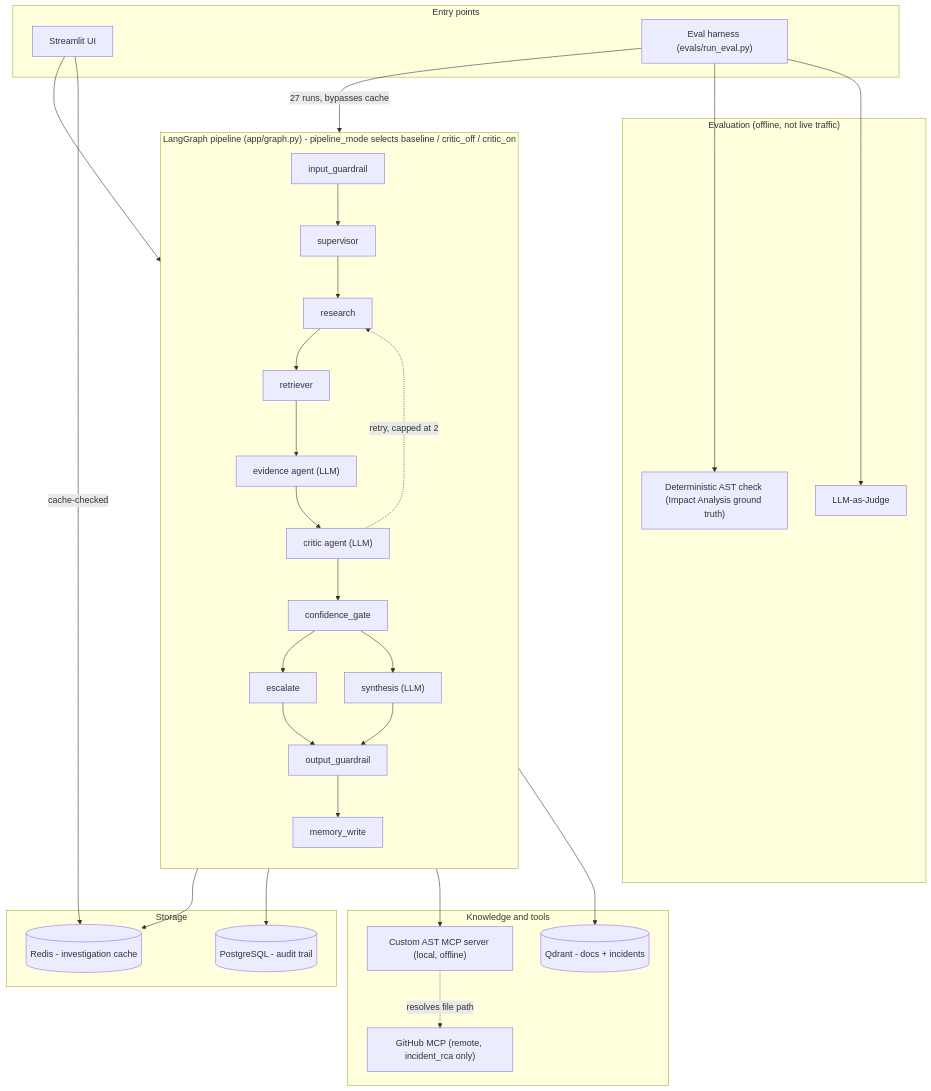
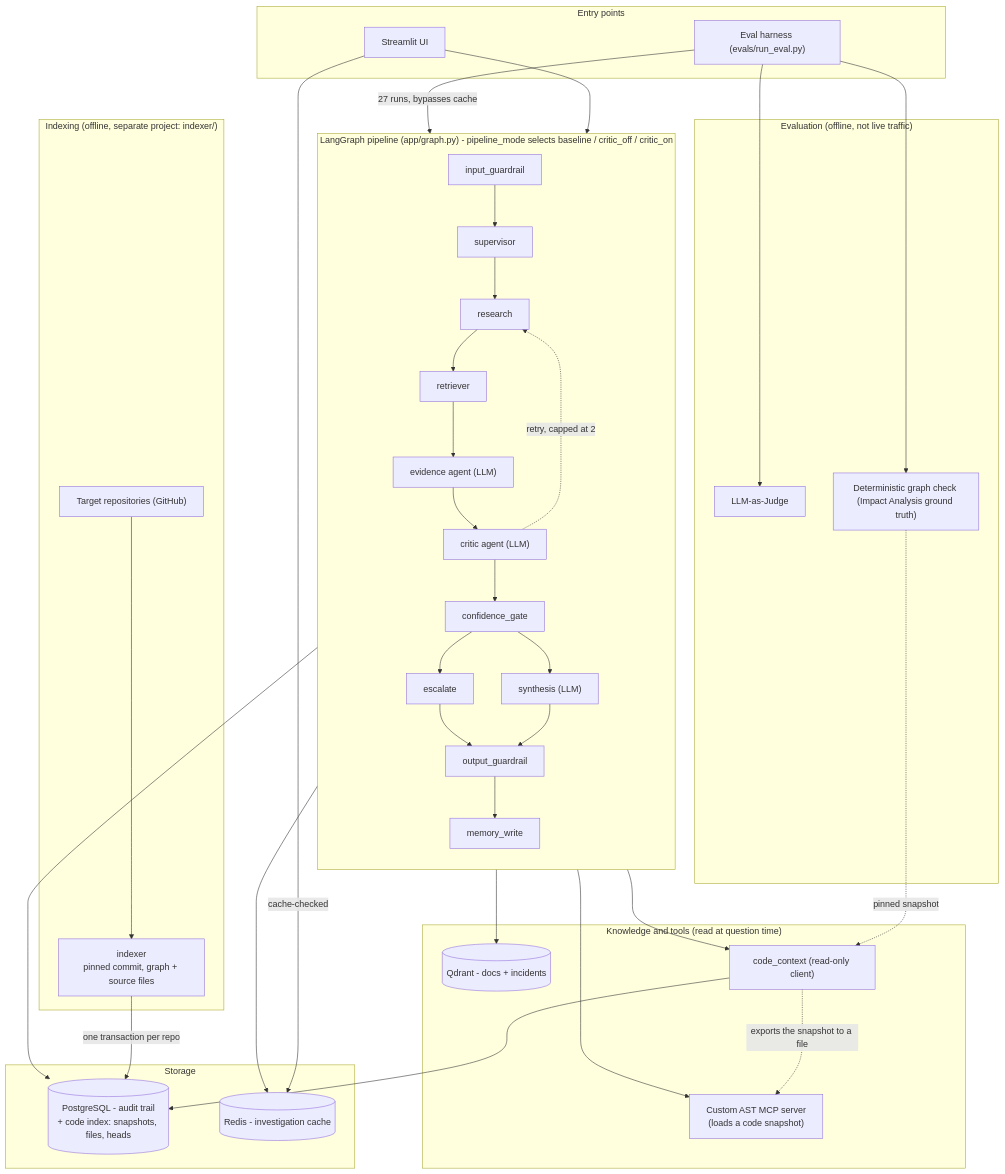
Before and after one commit to PrabuRepo/app-mind: the diagram in docs/detailed-flow-diagram.md, drawn with Mermaid. The commit also changed other lines of this file and 61 other files, not shown here.

Commit message:
code index implementation

````diff
--- a/docs/detailed-flow-diagram.md
+++ b/docs/detailed-flow-diagram.md
@@ -7,47 +7,58 @@
 ```mermaid
 flowchart TB
     subgraph entry["Entry points"]
         UI["Streamlit UI"]
         EVALH["Eval harness (evals/run_eval.py)"]
     end
 
     subgraph pipeline["LangGraph pipeline (app/graph.py) - pipeline_mode selects baseline / critic_off / critic_on"]
         direction TB
         IG["input_guardrail"] --> SUP["supervisor"] --> RES["research"] --> RET["retriever"] --> EV["evidence agent (LLM)"] --> CR["critic agent (LLM)"] --> GATE["confidence_gate"]
         GATE --> ESC["escalate"]
         GATE --> SYN["synthesis (LLM)"]
         CR -.->|"retry, capped at 2"| RES
         ESC --> OG["output_guardrail"]
         SYN --> OG
         OG --> MW["memory_write"]
     end
 
-    subgraph knowledge["Knowledge and tools"]
+    subgraph knowledge["Knowledge and tools (read at question time)"]
         QDRANT[("Qdrant - docs + incidents")]
-        AST["Custom AST MCP server (local, offline)"]
-        GHMCP["GitHub MCP (remote, incident_rca only)"]
+        CTX["code_context (read-only client)"]
+        AST["Custom AST MCP server<br/>(loads a code snapshot)"]
     end
 
     subgraph storage["Storage"]
-        PG[("PostgreSQL - audit trail")]
+        PG[("PostgreSQL - audit trail<br/>+ code index: snapshots, files, heads")]
         REDIS[("Redis - investigation cache")]
+    end
+
+    subgraph indexing["Indexing (offline, separate project: indexer/)"]
+        GH["Target repositories (GitHub)"]
+        IDX["indexer<br/>pinned commit, graph + source files"]
     end
 
     subgraph offlineeval["Evaluation (offline, not live traffic)"]
         JUDGE["LLM-as-Judge"]
-        ASTCHECK["Deterministic AST check (Impact Analysis ground truth)"]
+        ASTCHECK["Deterministic graph check (Impact Analysis ground truth)"]
     end
 
     UI -->|"cache-checked"| REDIS
     UI --> IG
     EVALH -->|"27 runs, bypasses cache"| IG
     EVALH --> JUDGE
     EVALH --> ASTCHECK
 
     RET --> QDRANT
+    RET --> CTX
     RET --> AST
-    AST -.->|"resolves file path"| GHMCP
+    CTX --> PG
+    CTX -.->|"exports the snapshot to a file"| AST
+    ASTCHECK -.->|"pinned snapshot"| CTX
+
+    GH --> IDX
+    IDX -->|"one transaction per repo"| PG
 
     MW --> PG
     MW --> REDIS
 ```
````
